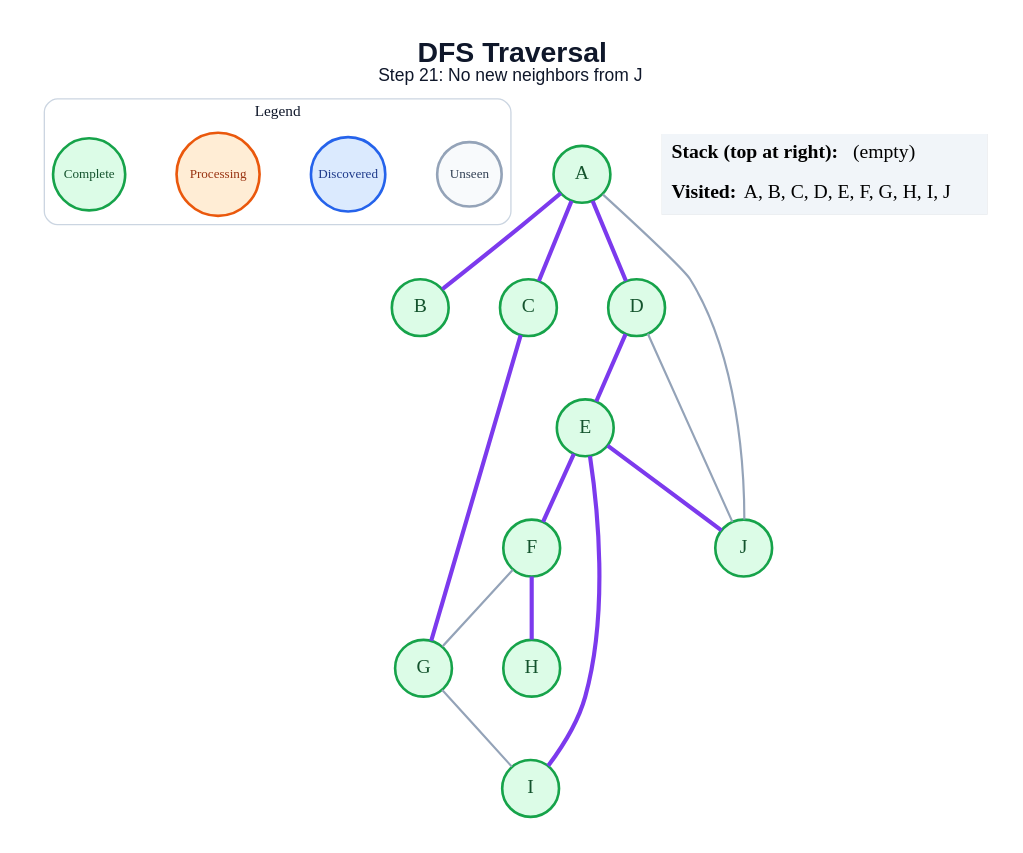
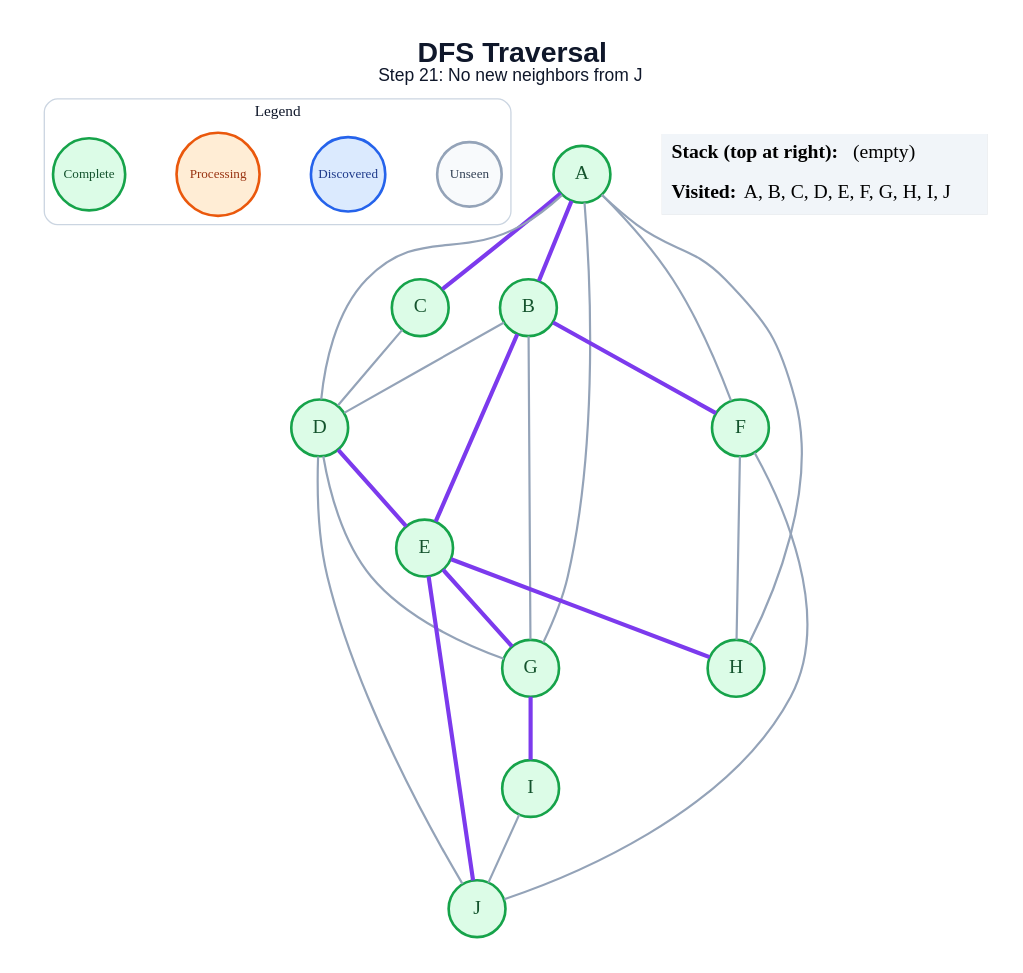
One commit to anon7238593-create/ai-slop changed the diagram in generated/specific-node/dfs/step_21.dot. Above: the diagram before and after it, drawn with Graphviz. The commit also changed 171 other files, not shown here.

```diff
--- a/generated/specific-node/dfs/step_21.dot
+++ b/generated/specific-node/dfs/step_21.dot
@@ -1,42 +1,50 @@
 graph traversal {
   graph [layout=dot, rankdir=TB, bgcolor="#FFFFFF", pad="0.35", nodesep="0.65", ranksep="0.8", fontname="Arial"];
   node [shape=circle, style="filled", fontname="Arial Bold", fontsize=18, width=0.72, fixedsize=true, penwidth=2.4];
   edge [color="#94A3B8", penwidth=2.0];
   label=<<B>DFS Traversal</B><BR/><FONT POINT-SIZE="16">Step 21: No new neighbors from J</FONT>>; labelloc="t"; fontsize=26; fontname="Arial"; fontcolor="#0F172A";
   subgraph cluster_legend { label="Legend"; color="#CBD5E1"; penwidth=1.2; style="rounded"; fontsize=14; fontname="Arial Bold";
     key_unseen [label="Unseen", fillcolor="#F8FAFC", color="#94A3B8", fontcolor="#334155", fontsize=12, width=0.82];
     key_frontier [label="Discovered", fillcolor="#DBEAFE", color="#2563EB", fontcolor="#1E3A8A", fontsize=12, width=0.95];
     key_current [label="Processing", fillcolor="#FFEDD5", color="#EA580C", fontcolor="#9A3412", fontsize=12, width=1.05];
     key_done [label="Complete", fillcolor="#DCFCE7", color="#16A34A", fontcolor="#14532D", fontsize=12, width=0.92];
     { rank=same; key_unseen; key_frontier; key_current; key_done; }
   }
   A [fillcolor="#DCFCE7", color="#16A34A", fontcolor="#14532D"];
   B [fillcolor="#DCFCE7", color="#16A34A", fontcolor="#14532D"];
   C [fillcolor="#DCFCE7", color="#16A34A", fontcolor="#14532D"];
   D [fillcolor="#DCFCE7", color="#16A34A", fontcolor="#14532D"];
   E [fillcolor="#DCFCE7", color="#16A34A", fontcolor="#14532D"];
   F [fillcolor="#DCFCE7", color="#16A34A", fontcolor="#14532D"];
   G [fillcolor="#DCFCE7", color="#16A34A", fontcolor="#14532D"];
   H [fillcolor="#DCFCE7", color="#16A34A", fontcolor="#14532D"];
   I [fillcolor="#DCFCE7", color="#16A34A", fontcolor="#14532D"];
   J [fillcolor="#DCFCE7", color="#16A34A", fontcolor="#14532D"];
   A -- B [color="#7C3AED", penwidth=3.8];
   A -- C [color="#7C3AED", penwidth=3.8];
-  A -- D [color="#7C3AED", penwidth=3.8];
-  A -- J;
-  C -- G [color="#7C3AED", penwidth=3.8];
+  A -- D;
+  A -- F;
+  A -- G;
+  A -- H;
+  B -- D;
+  B -- E [color="#7C3AED", penwidth=3.8];
+  B -- F [color="#7C3AED", penwidth=3.8];
+  B -- G;
+  C -- D;
   D -- E [color="#7C3AED", penwidth=3.8];
+  D -- G;
   D -- J;
-  E -- F [color="#7C3AED", penwidth=3.8];
-  E -- I [color="#7C3AED", penwidth=3.8];
+  E -- G [color="#7C3AED", penwidth=3.8];
+  E -- H [color="#7C3AED", penwidth=3.8];
   E -- J [color="#7C3AED", penwidth=3.8];
-  F -- G;
-  F -- H [color="#7C3AED", penwidth=3.8];
-  G -- I;
+  F -- H;
+  F -- J;
+  G -- I [color="#7C3AED", penwidth=3.8];
+  I -- J;
   status [shape=plain, fixedsize=false, width=0, height=0, margin=0, label=<
     <TABLE BORDER="0" CELLBORDER="0" CELLPADDING="7" BGCOLOR="#F1F5F9">
       <TR><TD ALIGN="LEFT"><B>Stack (top at right):</B> (empty)</TD></TR>
       <TR><TD ALIGN="LEFT"><B>Visited:</B> A, B, C, D, E, F, G, H, I, J</TD></TR>
     </TABLE>
   >];
 }
```
